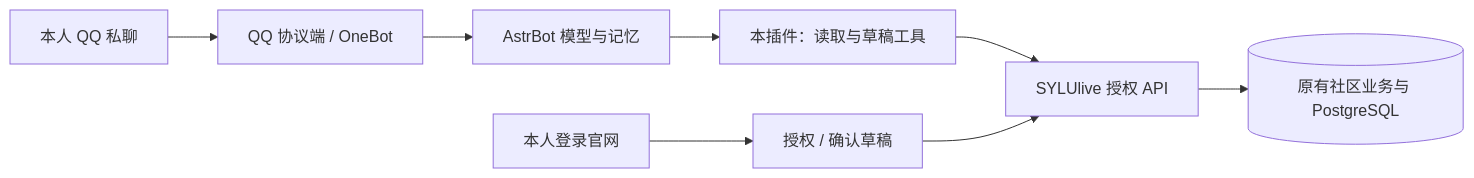
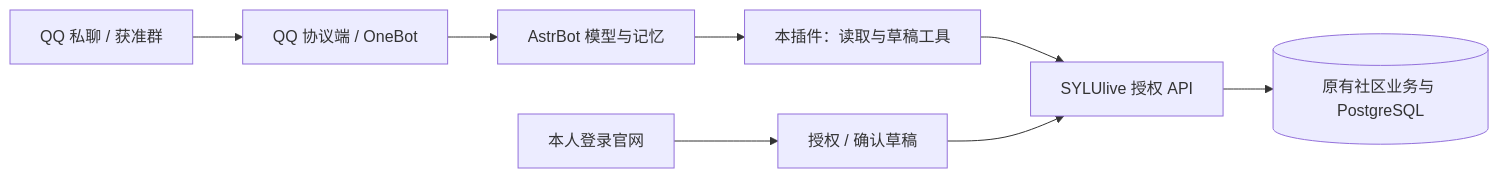
The diagram in astrbot_plugin_sylulive/README.md (zhouwu97/SYLUlive), drawn with Mermaid before and after one commit. The commit also changed other lines of this file and 31 other files, not shown here.

````diff
--- a/astrbot_plugin_sylulive/README.md
+++ b/astrbot_plugin_sylulive/README.md
@@ -5,10 +5,10 @@
 ```mermaid
 flowchart LR
-  Q[本人 QQ 私聊] --> P[QQ 协议端 / OneBot]
+  Q[QQ 私聊 / 获准群] --> P[QQ 协议端 / OneBot]
   P --> A[AstrBot 模型与记忆]
   A --> T[本插件：读取与草稿工具]
   T --> G[SYLUlive 授权 API]
   G --> D[(原有社区业务与 PostgreSQL)]
   U[本人登录官网] --> C[授权 / 确认草稿]
   C --> G
 ```
````
